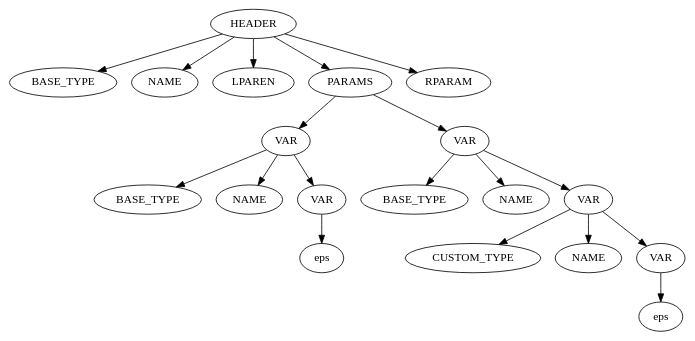
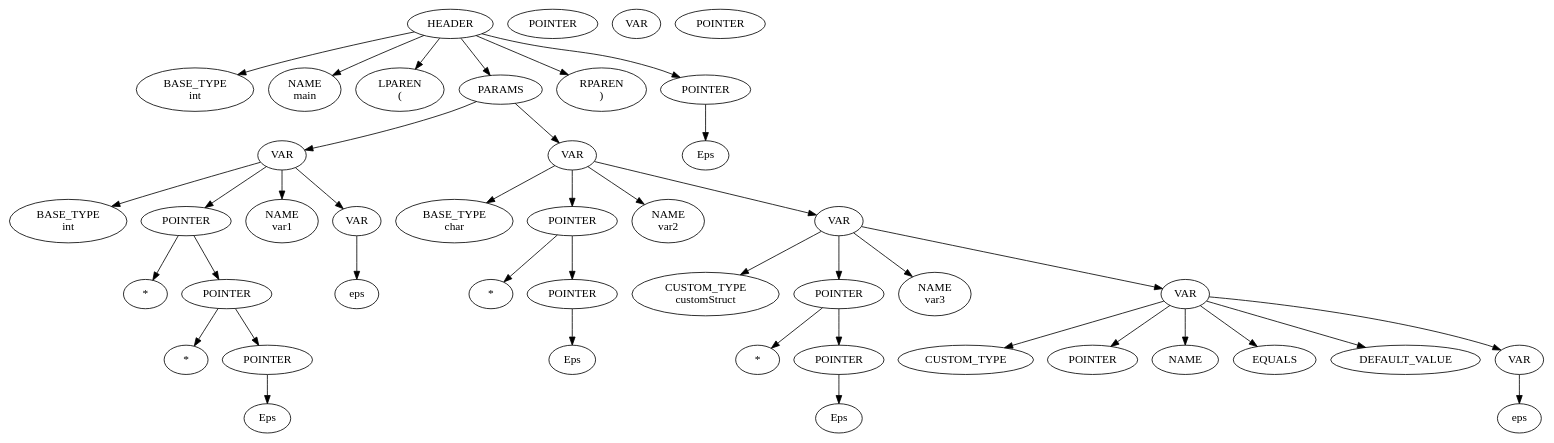
The diagram in leksic/graph.dot (JlPOCTO/Syntax-analyzer), drawn with Graphviz before and after one commit. The commit also changed 10 other files, not shown here.

```diff
--- a/leksic/graph.dot
+++ b/leksic/graph.dot
@@ -1,39 +1,86 @@
 digraph graphname {
   a [label="HEADER"]
-  b [label="BASE_TYPE"]
-  c [label="NAME"]
-  d [label="LPAREN"]
+  b [label="BASE_TYPE\nint"]
+  c [label="NAME\nmain"]
+  d [label="LPAREN\n("]
   e [label="PARAMS"]
-  f [label="RPARAM"]
+  f [label="RPAREN\n)"]
   g [label="VAR"]
   h [label="VAR"]
-  i [label="BASE_TYPE"]
-  j [label="NAME"]
-  k [label="BASE_TYPE"]
-  l [label="NAME"]
-  m [label="CUSTOM_TYPE"]
-  n [label="NAME"]
+  i [label="BASE_TYPE\nint"]
+  gP [label="POINTER"]
+  gP1 [label="*"]
+  gPP [label="POINTER"]
+  gPP1 [label="*"]
+  gPPP [label="POINTER"]
+  gPPPE [label="Eps"]
+  j [label="NAME\nvar1"]
+  k [label="BASE_TYPE\nchar"]
+  hP [label="POINTER"]
+  hP1 [label="*"]
+  hPP [label="POINTER"]
+  hPPE [label="Eps"]
+  l [label="NAME\nvar2"]
+  m [label="CUSTOM_TYPE\ncustomStruct"]
+  oP [label="POINTER"]
+  oP1 [label="*"]
+  oPP [label="POINTER"]
+  oPPE [label="Eps"]
+  n [label="NAME\nvar3"]
   o [label="VAR"]
   p [label="VAR"]
+  pP [label="POINTER"]
   q [label="VAR"]
+  qT [label = "CUSTOM_TYPE"]
+  qP [label="POINTER"]
+  qN [label="NAME"]
+  qE [label="EQUALS"]
+  qDef [label="DEFAULT_VALUE"]
+  qL [label="VAR"]
   r [label="eps"]
   s [label="eps"]
+  headPoint [label="POINTER"]
+  headEps [label="Eps"]
+  lastV [label="VAR"]
+  lastP [label="POINTER"]
   a -> b;
   a -> c;
+  a -> headPoint;
   a -> d;
   a -> e;
   a -> f;
+  headPoint -> headEps;
   e -> g;
   e -> h;
   g -> i;
   g -> j;
+  g -> gP;
+  gP -> gP1;
+  gP -> gPP;
+  gPP -> gPP1;
+  gPP -> gPPP;
+  gPPP -> gPPPE;
   g -> p;
   p -> r;
   h -> k;
+  h -> hP;
+  hP -> hP1;
+  hP -> hPP;
+  hPP -> hPPE;
   h -> l;
   h -> o;
   o -> m;
+  o -> oP;
+  oP -> oP1;
+  oP -> oPP;
+  oPP -> oPPE;
   o -> n;
   o -> q;
-  q -> s;
+  q -> qT;
+  q -> qP;
+  q -> qN;
+  q -> qE;
+  q -> qDef;
+  q -> qL;
+  qL -> s;
 }
```
